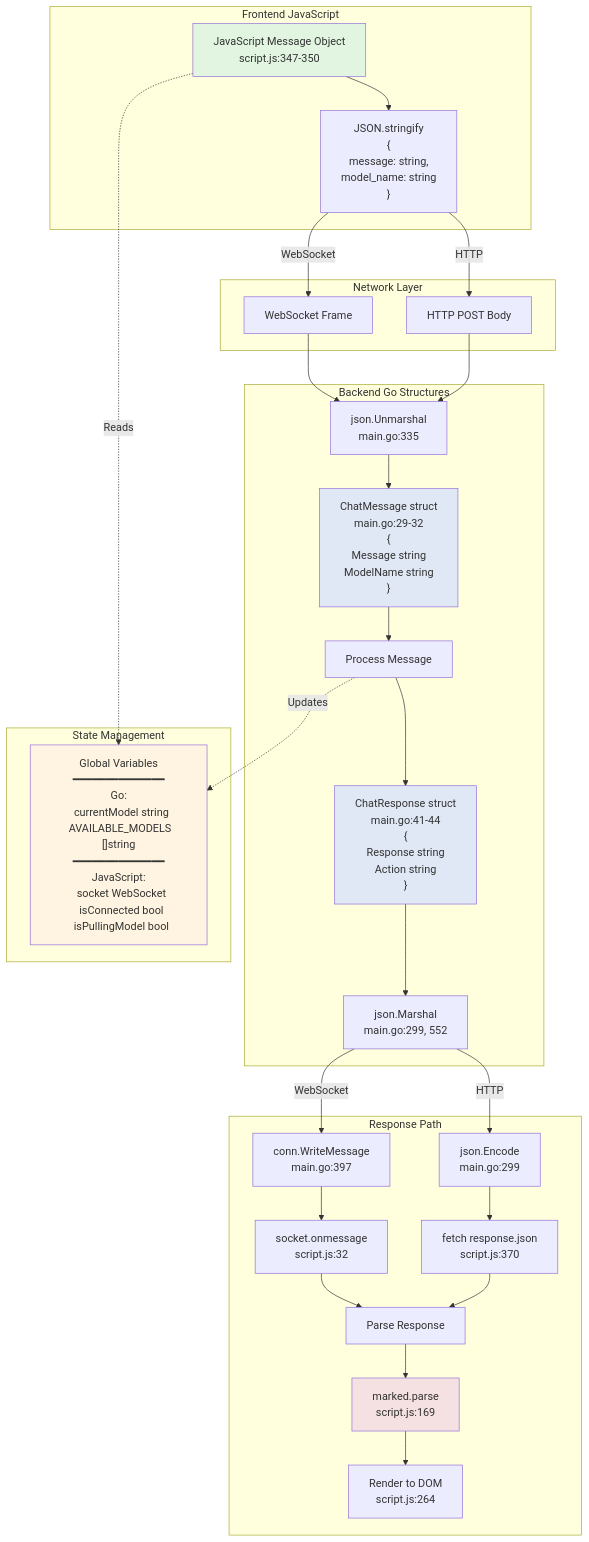
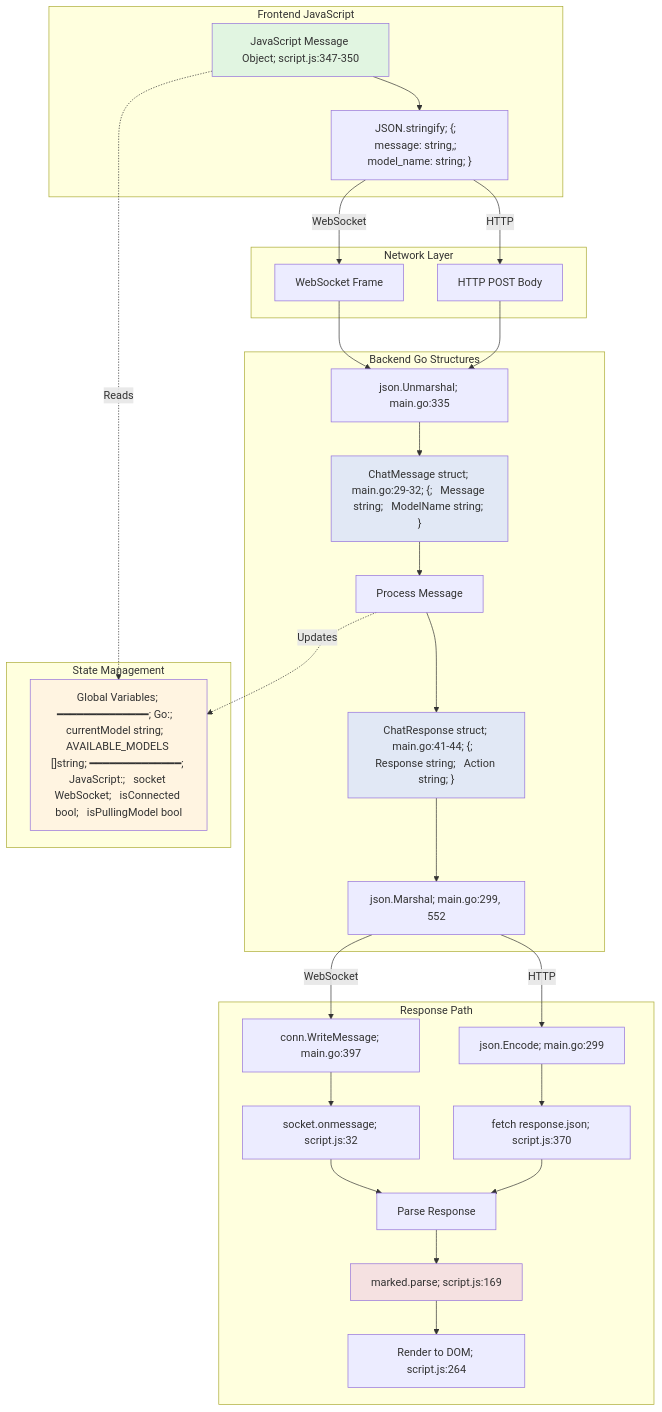
Before and after one commit to LinuxUser255/OllamaMax: the fifth of 7 diagrams in docs/MERMAID_FLOW_DIAGRAMS.md, drawn with Mermaid. The commit also changed other lines of this file, not shown here.

First line of the commit message:
fix: Remove HTML br tags from Mermaid diagrams for GitHub compatibility

````diff
--- a/docs/MERMAID_FLOW_DIAGRAMS.md
+++ b/docs/MERMAID_FLOW_DIAGRAMS.md
@@ -313,52 +313,52 @@
 ```mermaid
 graph TD
     subgraph "Frontend JavaScript"
-        JSMsg[JavaScript Message Object<br/>script.js:347-350]
-        JSMsg --> JSONStr["JSON.stringify<br/>{<br/>  message: string,<br/>  model_name: string<br/>}"]
+        JSMsg[JavaScript Message Object; script.js:347-350]
+        JSMsg --> JSONStr["JSON.stringify; {;   message: string,;   model_name: string; }"]
     end
     
     subgraph "Network Layer"
         JSONStr -->|WebSocket| WSTransport[WebSocket Frame]
         JSONStr -->|HTTP| HTTPTransport[HTTP POST Body]
     end
     
     subgraph "Backend Go Structures"
-        WSTransport --> GoUnmarshal[json.Unmarshal<br/>main.go:335]
+        WSTransport --> GoUnmarshal[json.Unmarshal; main.go:335]
         HTTPTransport --> GoUnmarshal
         
-        GoUnmarshal --> ChatMsgStruct["ChatMessage struct<br/>main.go:29-32<br/>{<br/>  Message string<br/>  ModelName string<br/>}"]
+        GoUnmarshal --> ChatMsgStruct["ChatMessage struct; main.go:29-32; {;   Message string;   ModelName string; }"]
         
         ChatMsgStruct --> Processing[Process Message]
         
-        Processing --> ResponseStruct["ChatResponse struct<br/>main.go:41-44<br/>{<br/>  Response string<br/>  Action string<br/>}"]
+        Processing --> ResponseStruct["ChatResponse struct; main.go:41-44; {;   Response string;   Action string; }"]
         
-        ResponseStruct --> GoMarshal[json.Marshal<br/>main.go:299, 552]
+        ResponseStruct --> GoMarshal[json.Marshal; main.go:299, 552]
     end
     
     subgraph "Response Path"
-        GoMarshal -->|WebSocket| WSResponse[conn.WriteMessage<br/>main.go:397]
-        GoMarshal -->|HTTP| HTTPResponse[json.Encode<br/>main.go:299]
+        GoMarshal -->|WebSocket| WSResponse[conn.WriteMessage; main.go:397]
+        GoMarshal -->|HTTP| HTTPResponse[json.Encode; main.go:299]
         
-        WSResponse --> JSReceive1[socket.onmessage<br/>script.js:32]
-        HTTPResponse --> JSReceive2[fetch response.json<br/>script.js:370]
+        WSResponse --> JSReceive1[socket.onmessage; script.js:32]
+        HTTPResponse --> JSReceive2[fetch response.json; script.js:370]
         
         JSReceive1 --> JSParse[Parse Response]
         JSReceive2 --> JSParse
         
-        JSParse --> MarkdownParse[marked.parse<br/>script.js:169]
-        MarkdownParse --> HTMLRender[Render to DOM<br/>script.js:264]
+        JSParse --> MarkdownParse[marked.parse; script.js:169]
+        MarkdownParse --> HTMLRender[Render to DOM; script.js:264]
     end
     
     subgraph "State Management"
-        GlobalState["Global Variables<br/>━━━━━━━━━━━━━━<br/>Go:<br/>  currentModel string<br/>  AVAILABLE_MODELS []string<br/>━━━━━━━━━━━━━━<br/>JavaScript:<br/>  socket WebSocket<br/>  isConnected bool<br/>  isPullingModel bool"]
+        GlobalState["Global Variables; ━━━━━━━━━━━━━━; Go:;   currentModel string;   AVAILABLE_MODELS []string; ━━━━━━━━━━━━━━; JavaScript:;   socket WebSocket;   isConnected bool;   isPullingModel bool"]
     end
     
     Processing -.Updates.-> GlobalState
     JSMsg -.Reads.-> GlobalState
     
     style JSMsg fill:#e1f5e1
     style ChatMsgStruct fill:#e1e8f5
     style ResponseStruct fill:#e1e8f5
     style MarkdownParse fill:#f5e1e1
     style GlobalState fill:#fff4e1
 ```
````
